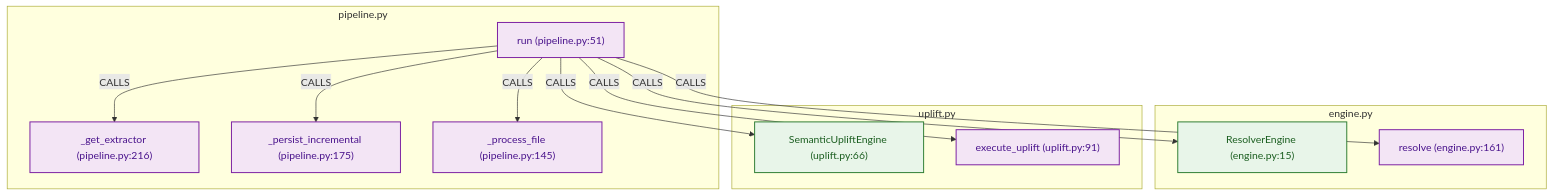
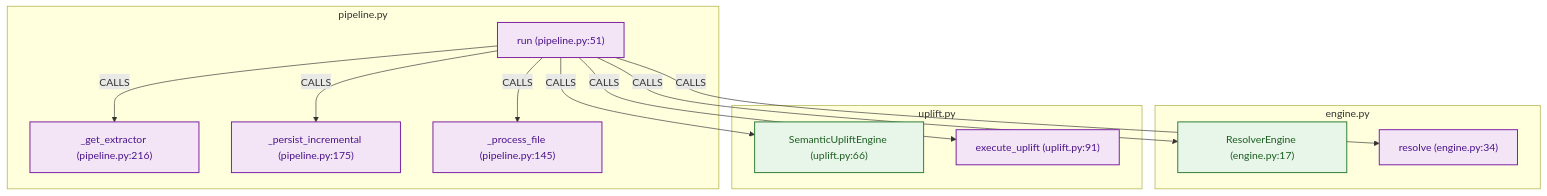
Before and after one commit to zaebee/codegraph-brain: the second of 2 diagrams in README.md, drawn with Mermaid. The commit also changed other lines of this file and 1 other file, not shown here.

Commit message:
docs: auto-sync architecture graph and MCP reference (#184)

````diff
--- a/README.md
+++ b/README.md
@@ -92,32 +92,32 @@
 ```mermaid
 graph TD
 classDef classNode fill:#e8f5e9,stroke:#2e7d32,stroke-width:1.5px,color:#1b5e20;
 classDef funcNode fill:#e3f2fd,stroke:#1565c0,stroke-width:1.5px,color:#0d47a1;
 classDef methodNode fill:#f3e5f5,stroke:#7b1fa2,stroke-width:1.5px,color:#4a148c;
 classDef unresolvedNode fill:#fffde7,stroke:#fbc02d,stroke-width:1.5px,stroke-dasharray: 4 4,color:#f57f17;
 classDef defaultNode fill:#fafafa,stroke:#9e9e9e,stroke-width:1.5px,color:#212121;
 classDef stdlibNode fill:#eceff1,stroke:#607d8b,stroke-width:1px,color:#455a64;
 classDef externalNode fill:#fff3e0,stroke:#e65100,stroke-width:1px,stroke-dasharray: 3 3,color:#bf360c;
 
     subgraph n_9881ca900b7c44fd13c9206dbb6b1f1c["pipeline.py"]
         n_0f875e605375c329869f67b3fb05ca43["_get_extractor (pipeline.py:216)"]:::methodNode
         n_705d8fa6977288feb6d561fe353917bd["_persist_incremental (pipeline.py:175)"]:::methodNode
         n_69ab802205de25759be41c9155266b2c["_process_file (pipeline.py:145)"]:::methodNode
         n_380356b2071cde8dd55ba6287e99bd8a["run (pipeline.py:51)"]:::methodNode
     end
     subgraph n_724e82bcada88588298dcf4c3336e3f5["engine.py"]
-        n_ebda4de8e05ef057deb454e72894302d["ResolverEngine (engine.py:15)"]:::classNode
-        n_e75ca2e29418d9c85a1a14b7069c25d9["resolve (engine.py:161)"]:::methodNode
+        n_ebda4de8e05ef057deb454e72894302d["ResolverEngine (engine.py:17)"]:::classNode
+        n_e75ca2e29418d9c85a1a14b7069c25d9["resolve (engine.py:34)"]:::methodNode
     end
     subgraph n_b64d9821d81a859afcf762f9892f0b4a["uplift.py"]
         n_2dda32fbe79232f92feae85b97527aff["SemanticUpliftEngine (uplift.py:66)"]:::classNode
         n_aafcdc9602017019ffdfedea66173d0e["execute_uplift (uplift.py:91)"]:::methodNode
     end
     n_380356b2071cde8dd55ba6287e99bd8a -->|CALLS| n_0f875e605375c329869f67b3fb05ca43
     n_380356b2071cde8dd55ba6287e99bd8a -->|CALLS| n_69ab802205de25759be41c9155266b2c
     n_380356b2071cde8dd55ba6287e99bd8a -->|CALLS| n_ebda4de8e05ef057deb454e72894302d
     n_380356b2071cde8dd55ba6287e99bd8a -->|CALLS| n_e75ca2e29418d9c85a1a14b7069c25d9
     n_380356b2071cde8dd55ba6287e99bd8a -->|CALLS| n_705d8fa6977288feb6d561fe353917bd
     n_380356b2071cde8dd55ba6287e99bd8a -->|CALLS| n_aafcdc9602017019ffdfedea66173d0e
     n_380356b2071cde8dd55ba6287e99bd8a -->|CALLS| n_2dda32fbe79232f92feae85b97527aff
 ```
````
